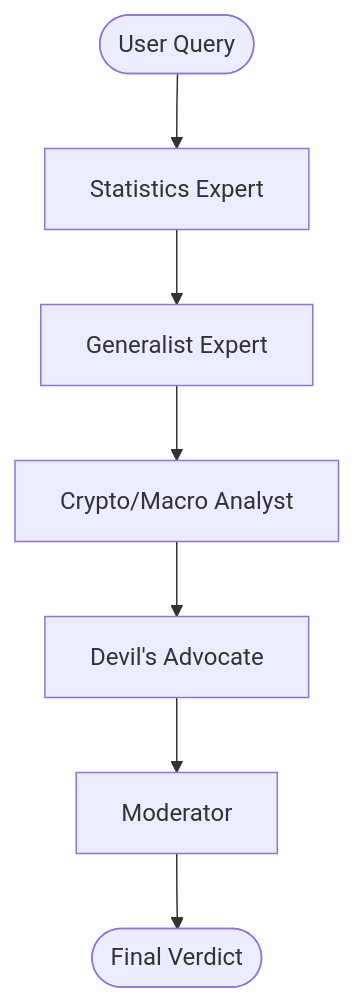
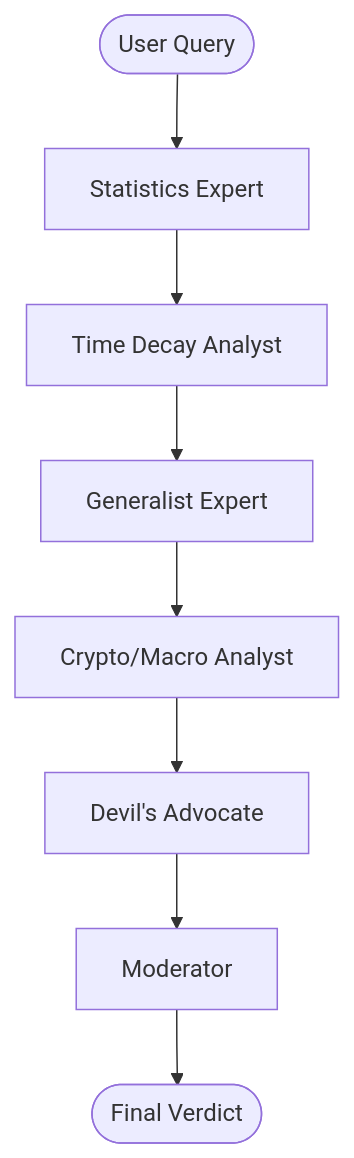
The first of 2 diagrams in README.md (luuisotorres/polymarket-intelligence), drawn with Mermaid before and after one commit. The commit also changed other lines of this file and 8 other files, not shown here.

Commit message:
feat: implement Time Decay & Resolution Analyst agent and update UI

````diff
--- a/README.md
+++ b/README.md
@@ -124,9 +131,10 @@
 ```mermaid
 flowchart TD
     Start([User Query]) --> Stats[Statistics Expert]
-    Stats --> Gen[Generalist Expert]
+    Stats --> Time[Time Decay Analyst]
+    Time --> Gen[Generalist Expert]
     Gen --> Macro[Crypto/Macro Analyst]
     Macro --> Devil[Devil's Advocate]
     Devil --> Mod[Moderator]
     Mod --> End([Final Verdict])
 ```
````
